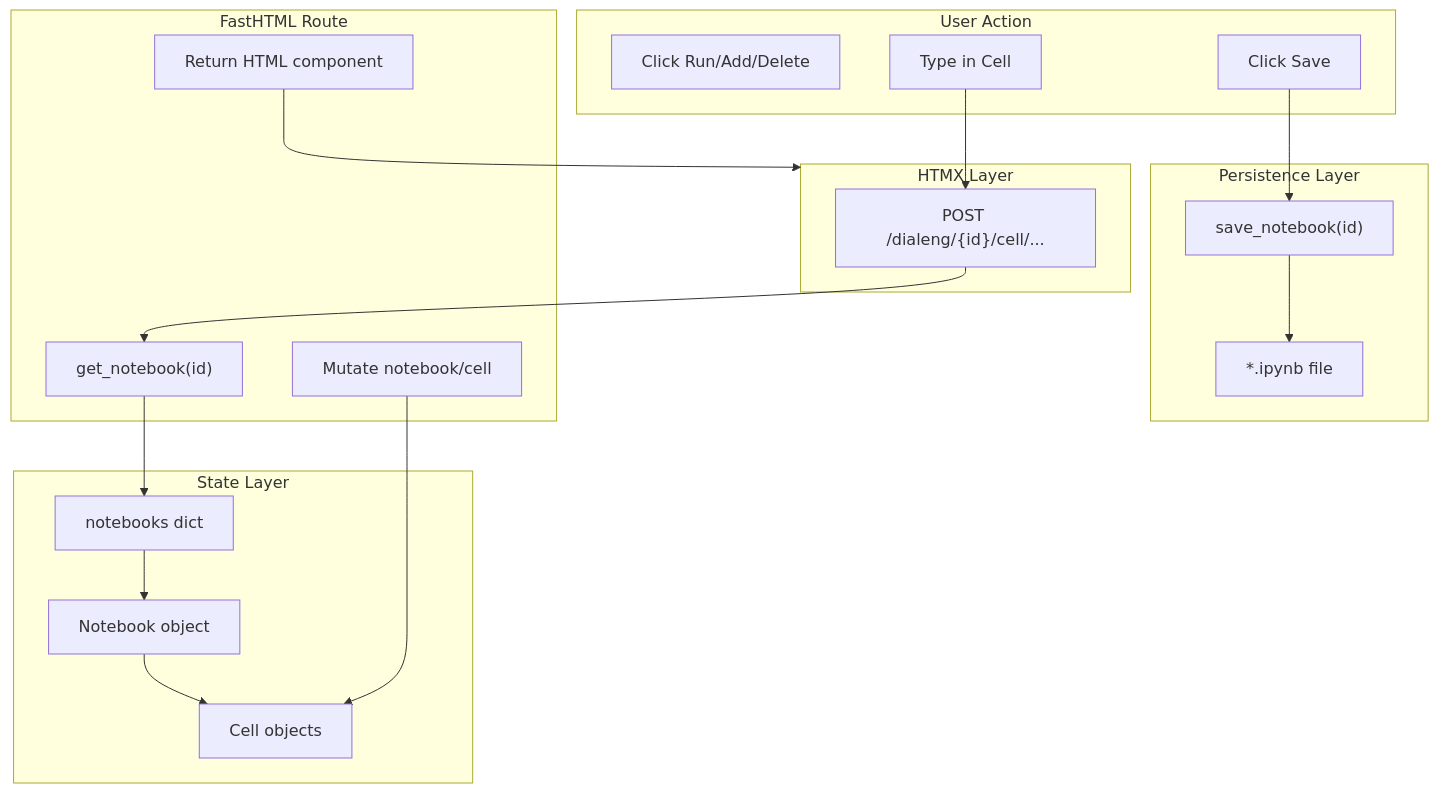
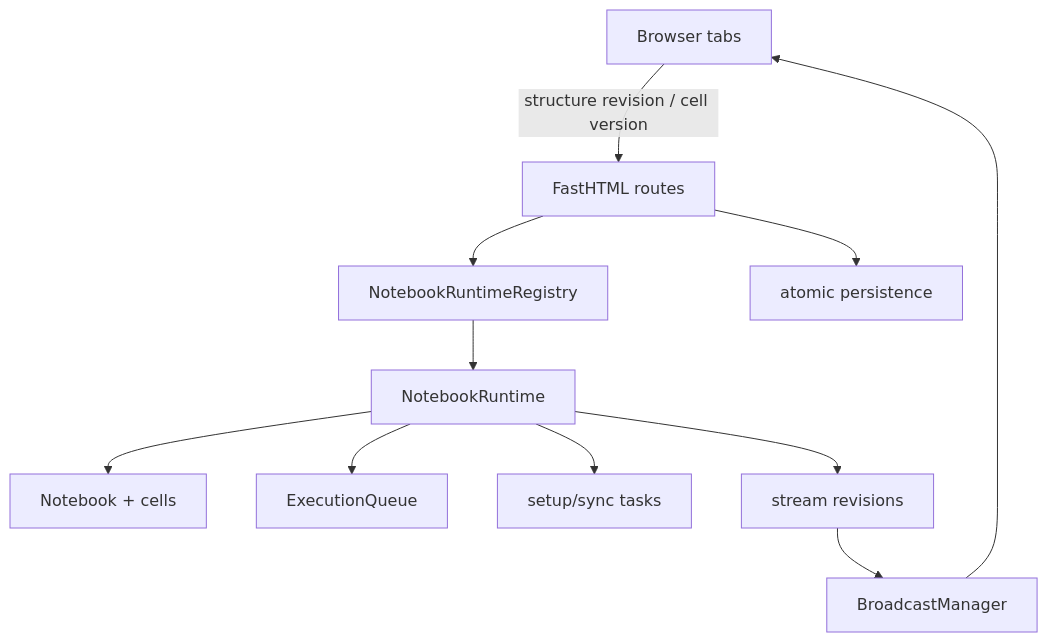
One commit to sgaseretto/solveish changed the first of 2 diagrams in docs/how_it_works/01_state_management.md. Above: the diagram before and after it, drawn with Mermaid. The commit also changed other lines of this file and 109 other files, not shown here.

Commit message:
feat: add Codex support and harden notebook runtime

````diff
--- a/docs/how_it_works/01_state_management.md
+++ b/docs/how_it_works/01_state_management.md
@@ -56,41 +10,13 @@
 ```mermaid
 flowchart TB
-    subgraph UserAction["User Action"]
-        click["Click Run/Add/Delete"]
-        type["Type in Cell"]
-        save["Click Save"]
-    end
-
-    subgraph HTMX["HTMX Layer"]
-        post["POST /dialeng/{id}/cell/..."]
-    end
-
-    subgraph Route["FastHTML Route"]
-        getNb["get_notebook(id)"]
-        mutate["Mutate notebook/cell"]
-        render["Return HTML component"]
-    end
-
-    subgraph State["State Layer"]
-        dict["notebooks dict"]
-        nb["Notebook object"]
-        cells["Cell objects"]
-    end
-
-    subgraph Persistence["Persistence Layer"]
-        saveNb["save_notebook(id)"]
-        ipynb["*.ipynb file"]
-    end
-
-    click --> post
-    type --> post
-    post --> getNb
-    getNb --> dict
-    dict --> nb
-    nb --> cells
-    mutate --> cells
-    render --> HTMX
-
-    save --> saveNb
-    saveNb --> ipynb
+    Browser["Browser tabs"] -->|"structure revision / cell version"| Routes
+    Routes["FastHTML routes"] --> Registry["NotebookRuntimeRegistry"]
+    Registry --> Runtime["NotebookRuntime"]
+    Runtime --> Notebook["Notebook + cells"]
+    Runtime --> Queue["ExecutionQueue"]
+    Runtime --> Tasks["setup/sync tasks"]
+    Routes --> Persistence["atomic persistence"]
+    Runtime --> Protocol["stream revisions"]
+    Protocol --> Broadcast["BroadcastManager"]
+    Broadcast --> Browser
 ```
````
